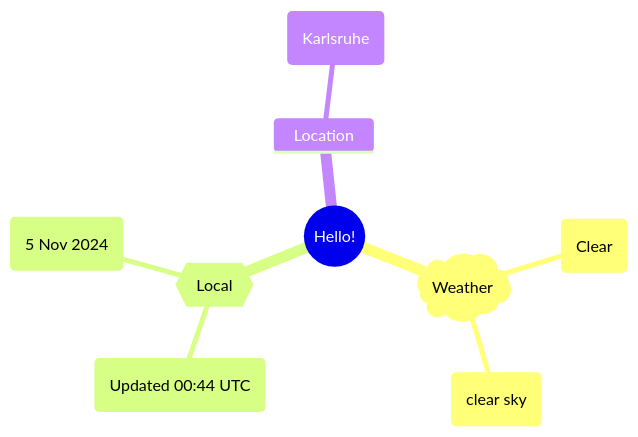
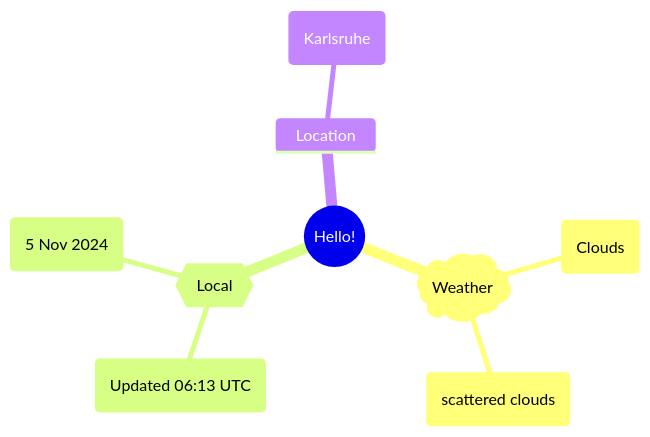
The first of 2 diagrams in README.md (Xosrov/Xosrov), drawn with Mermaid before and after one commit.

Commit message:
[bot] updated images

````diff
--- a/README.md
+++ b/README.md
@@ -3,12 +3,12 @@
 ```mermaid
 mindmap
   root((Hello!))
     )Weather(
-        (Clear)
-        (clear sky)
+        (Clouds)
+        (scattered clouds)
     {{Local}}
-        (Updated 00:44 UTC)
+        (Updated 06:13 UTC)
         (5 Nov 2024)
     Location
         (Karlsruhe)
 ```
````
